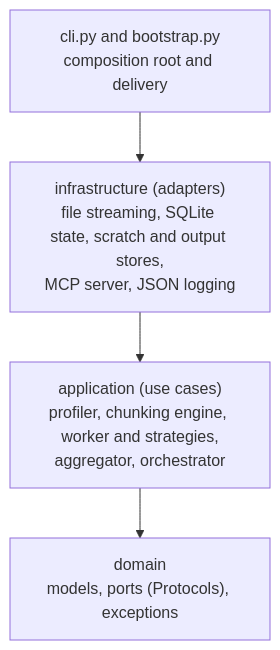
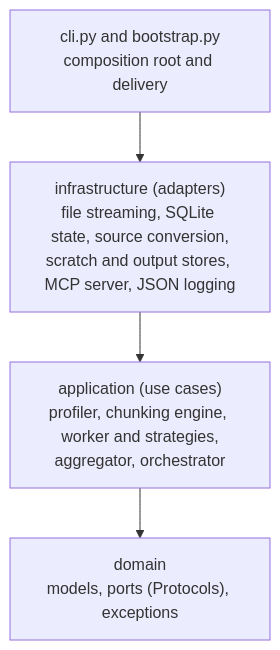
One commit to coreworkstr-art/datamining-skill changed the second of 2 diagrams in README.md. Above: the diagram before and after it, drawn with Mermaid. The commit also changed other lines of this file and 55 other files, not shown here.

````diff
--- a/README.md
+++ b/README.md
@@ -291,7 +356,7 @@
 ```mermaid
 flowchart TB
     CLI["cli.py and bootstrap.py<br/>composition root and delivery"] --> I
-    I["infrastructure (adapters)<br/>file streaming, SQLite state, scratch and output stores,<br/>MCP server, JSON logging"] --> A
+    I["infrastructure (adapters)<br/>file streaming, SQLite state, source conversion,<br/>scratch and output stores, MCP server, JSON logging"] --> A
     A["application (use cases)<br/>profiler, chunking engine, worker and strategies,<br/>aggregator, orchestrator"] --> D
     D["domain<br/>models, ports (Protocols), exceptions"]
 ```
````
